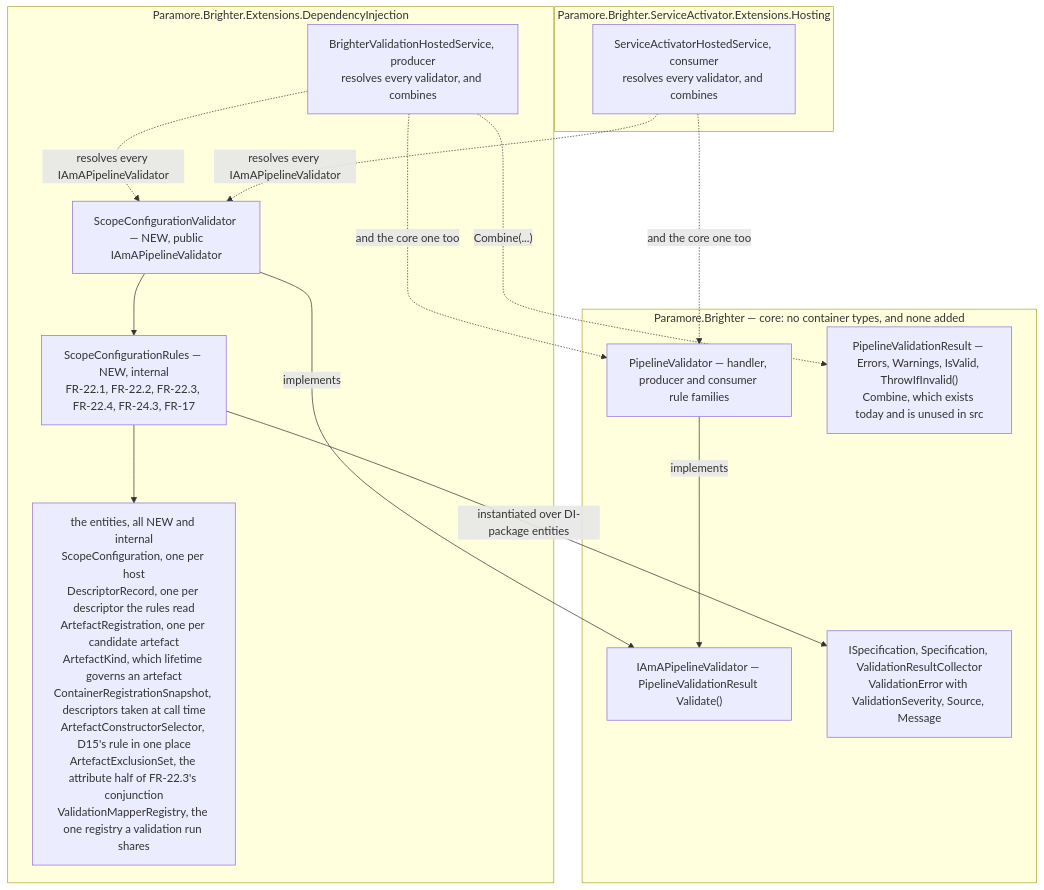
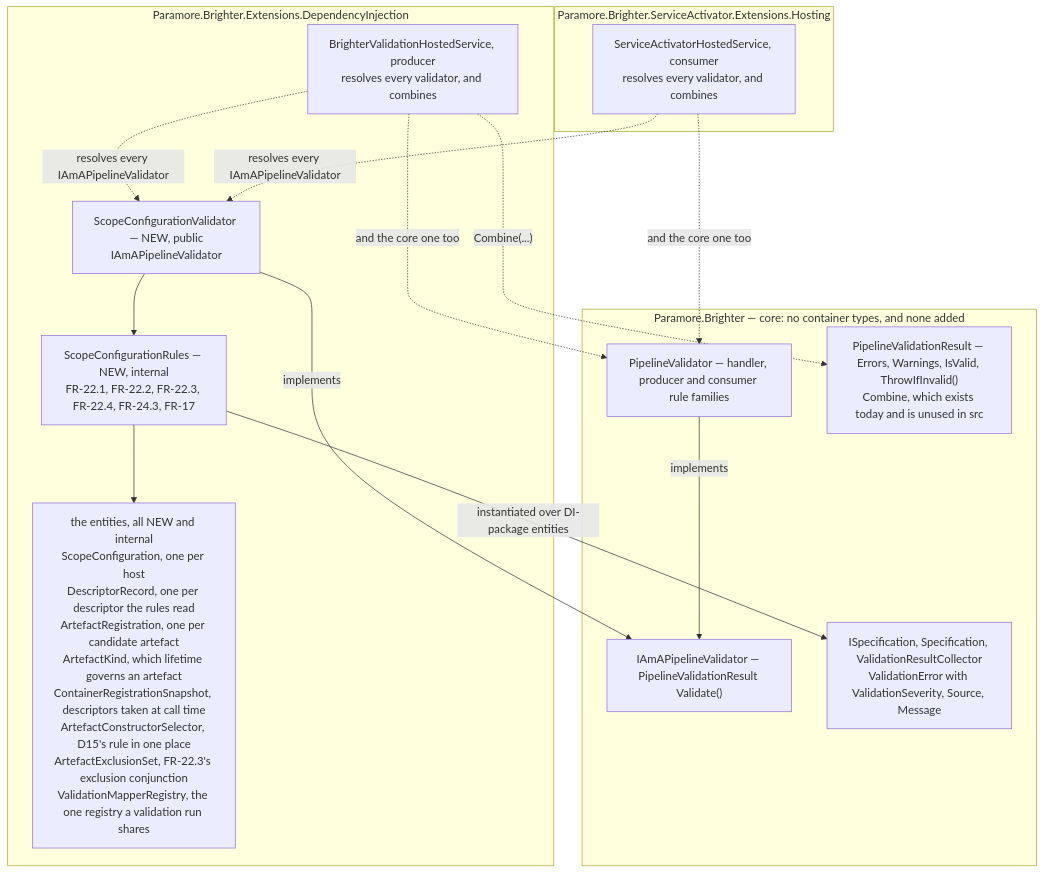
One commit to BrighterCommand/Brighter changed the second of 4 diagrams in docs/adr/0074-lifetime-validation-evaluation-site.md. Above: the diagram before and after it, drawn with Mermaid. The commit also changed other lines of this file and 2 other files, not shown here.

````diff
--- a/docs/adr/0074-lifetime-validation-evaluation-site.md
+++ b/docs/adr/0074-lifetime-validation-evaluation-site.md
@@ -190,31 +190,31 @@
 ```mermaid
 flowchart TB
     subgraph core["Paramore.Brighter — core: no container types, and none added"]
         iface["IAmAPipelineValidator — PipelineValidationResult Validate()"]
         pv["PipelineValidator — handler, producer and consumer rule families"]
         result["PipelineValidationResult — Errors, Warnings, IsValid, ThrowIfInvalid()<br/>Combine, which exists today and is unused in src"]
         specs["ISpecification, Specification, ValidationResultCollector<br/>ValidationError with ValidationSeverity, Source, Message"]
     end
 
     subgraph di["Paramore.Brighter.Extensions.DependencyInjection"]
         dec["ScopeConfigurationValidator — NEW, public<br/>IAmAPipelineValidator"]
         rules["ScopeConfigurationRules — NEW, internal<br/>FR-22.1, FR-22.2, FR-22.3, FR-22.4, FR-24.3, FR-17"]
         h1["BrighterValidationHostedService, producer<br/>resolves every validator, and combines"]
-        ents["the entities, all NEW and internal<br/>ScopeConfiguration, one per host<br/>DescriptorRecord, one per descriptor the rules read<br/>ArtefactRegistration, one per candidate artefact<br/>ArtefactKind, which lifetime governs an artefact<br/>ContainerRegistrationSnapshot, descriptors taken at call time<br/>ArtefactConstructorSelector, D15's rule in one place<br/>ArtefactExclusionSet, the attribute half of FR-22.3's conjunction<br/>ValidationMapperRegistry, the one registry a validation run shares"]
+        ents["the entities, all NEW and internal<br/>ScopeConfiguration, one per host<br/>DescriptorRecord, one per descriptor the rules read<br/>ArtefactRegistration, one per candidate artefact<br/>ArtefactKind, which lifetime governs an artefact<br/>ContainerRegistrationSnapshot, descriptors taken at call time<br/>ArtefactConstructorSelector, D15's rule in one place<br/>ArtefactExclusionSet, FR-22.3's exclusion conjunction<br/>ValidationMapperRegistry, the one registry a validation run shares"]
         dec --> rules
         rules --> ents
     end
 
     subgraph hosting["Paramore.Brighter.ServiceActivator.Extensions.Hosting"]
         h2["ServiceActivatorHostedService, consumer<br/>resolves every validator, and combines"]
     end
 
     dec -- "implements" --> iface
     pv -- "implements" --> iface
     rules -- "instantiated over DI-package entities" --> specs
     h1 -. "resolves every IAmAPipelineValidator" .-> dec
     h1 -. "and the core one too" .-> pv
     h1 -. "Combine(...)" .-> result
     h2 -. "resolves every IAmAPipelineValidator" .-> dec
     h2 -. "and the core one too" .-> pv
 ```
````
